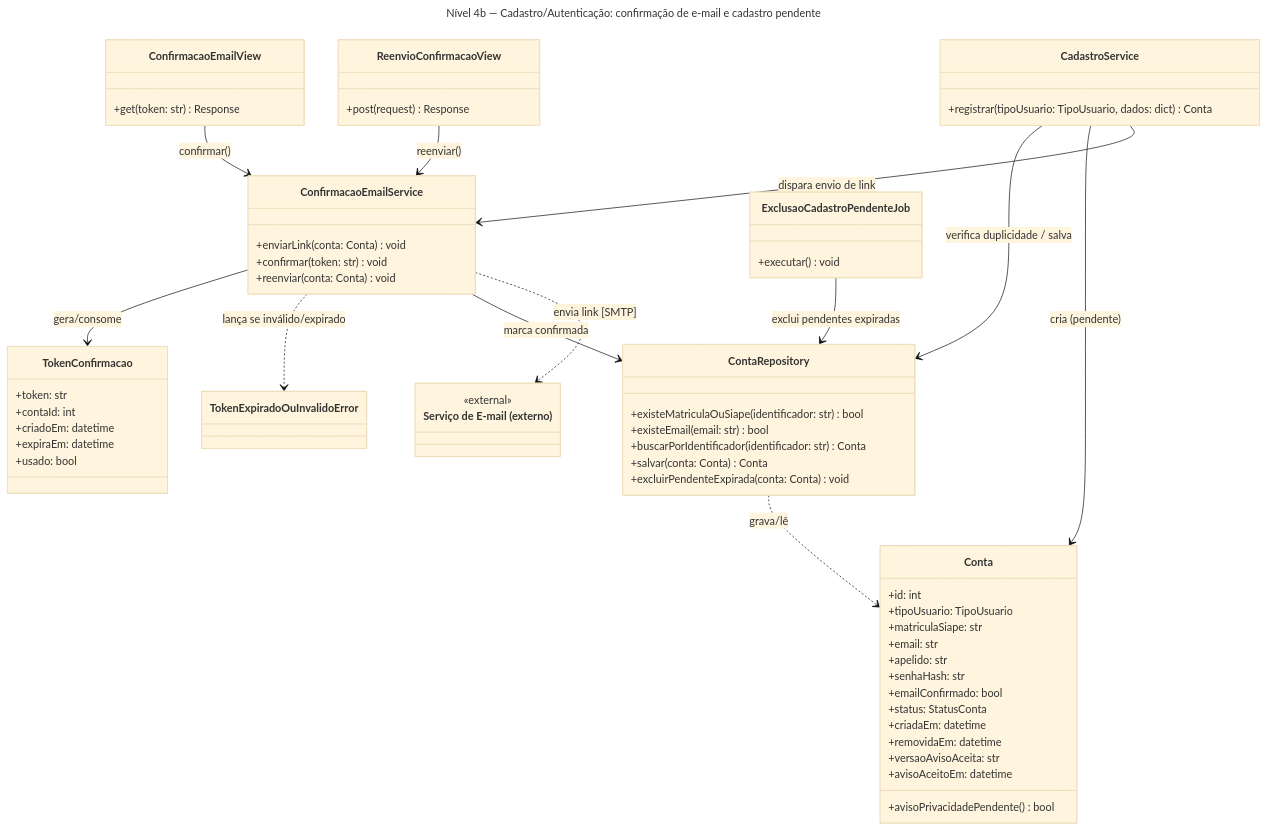
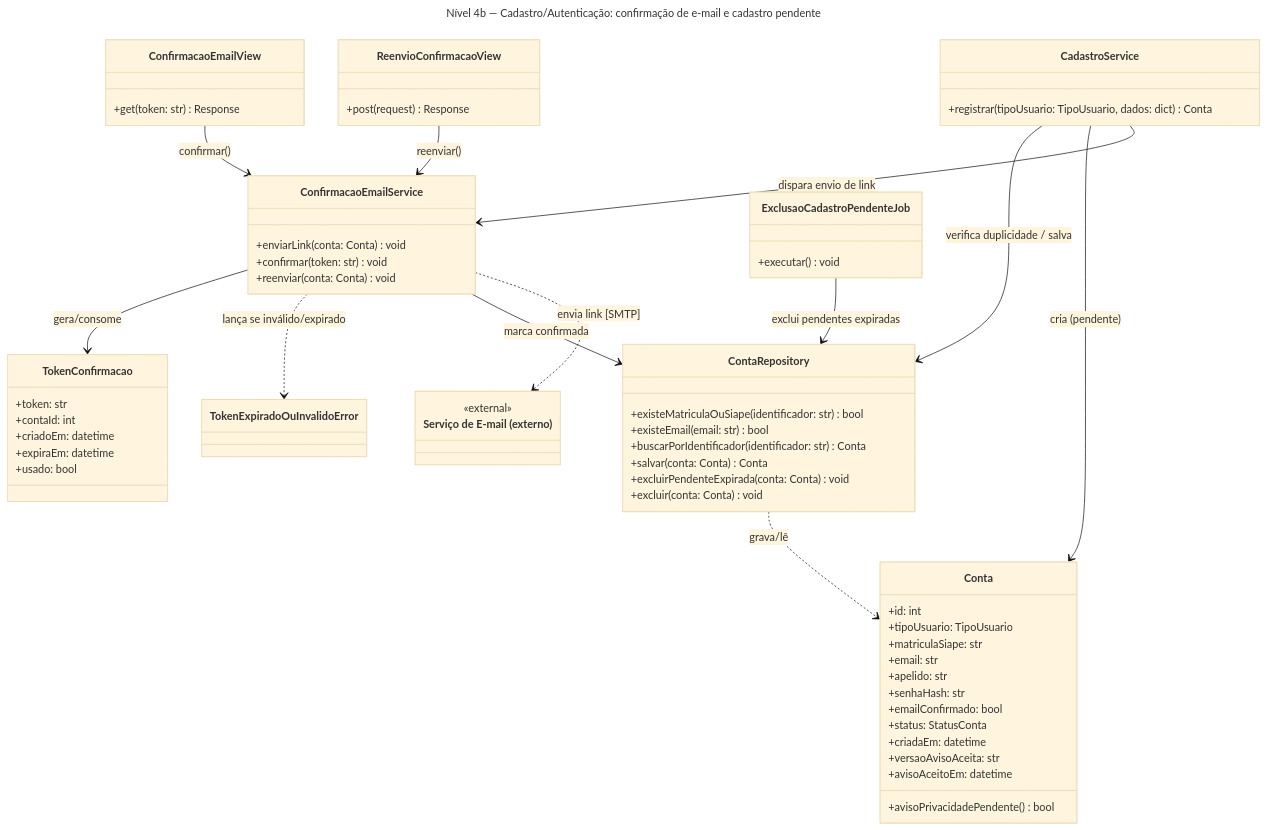
The second of 4 diagrams in docs/arquitetura/backend/c4-nivel-4-cadastro-autenticacao.md (unb-mds/2026-2-Bandejao-UnB), drawn with Mermaid (base theme) before and after one commit. The commit also changed other lines of this file and 10 other files, not shown here.

````diff
--- a/docs/arquitetura/backend/c4-nivel-4-cadastro-autenticacao.md
+++ b/docs/arquitetura/backend/c4-nivel-4-cadastro-autenticacao.md
@@ -202,68 +205,68 @@
 ```mermaid
 ---
 title: "Nível 4b — Cadastro/Autenticação: confirmação de e-mail e cadastro pendente"
 ---
 classDiagram
   class ConfirmacaoEmailView {
     +get(token: str) Response
   }
   class ReenvioConfirmacaoView {
     +post(request) Response
   }
   class CadastroService {
     +registrar(tipoUsuario: TipoUsuario, dados: dict) Conta
   }
   class ConfirmacaoEmailService {
     +enviarLink(conta: Conta) void
     +confirmar(token: str) void
     +reenviar(conta: Conta) void
   }
   class TokenConfirmacao {
     +token: str
     +contaId: int
     +criadoEm: datetime
     +expiraEm: datetime
     +usado: bool
   }
   class TokenExpiradoOuInvalidoError
   class ContaRepository {
     +existeMatriculaOuSiape(identificador: str) bool
     +existeEmail(email: str) bool
     +buscarPorIdentificador(identificador: str) Conta
     +salvar(conta: Conta) Conta
     +excluirPendenteExpirada(conta: Conta) void
+    +excluir(conta: Conta) void
   }
   class ExclusaoCadastroPendenteJob {
     +executar() void
   }
   class EmailSvc["Serviço de E-mail (externo)"] {
     <<external>>
   }
   class Conta {
     +id: int
     +tipoUsuario: TipoUsuario
     +matriculaSiape: str
     +email: str
     +apelido: str
     +senhaHash: str
     +emailConfirmado: bool
     +status: StatusConta
     +criadaEm: datetime
-    +removidaEm: datetime
     +versaoAvisoAceita: str
     +avisoAceitoEm: datetime
     +avisoPrivacidadePendente() bool
   }
 
   ConfirmacaoEmailView --> ConfirmacaoEmailService : confirmar()
   ReenvioConfirmacaoView --> ConfirmacaoEmailService : reenviar()
   CadastroService --> ContaRepository : verifica duplicidade / salva
   CadastroService --> Conta : cria (pendente)
   CadastroService --> ConfirmacaoEmailService : dispara envio de link
   ConfirmacaoEmailService --> TokenConfirmacao : gera/consome
   ConfirmacaoEmailService ..> TokenExpiradoOuInvalidoError : lança se inválido/expirado
   ConfirmacaoEmailService --> ContaRepository : marca confirmada
   ConfirmacaoEmailService ..> EmailSvc : envia link [SMTP]
   ExclusaoCadastroPendenteJob --> ContaRepository : exclui pendentes expiradas
   ContaRepository ..> Conta : grava/lê
 ```
````
